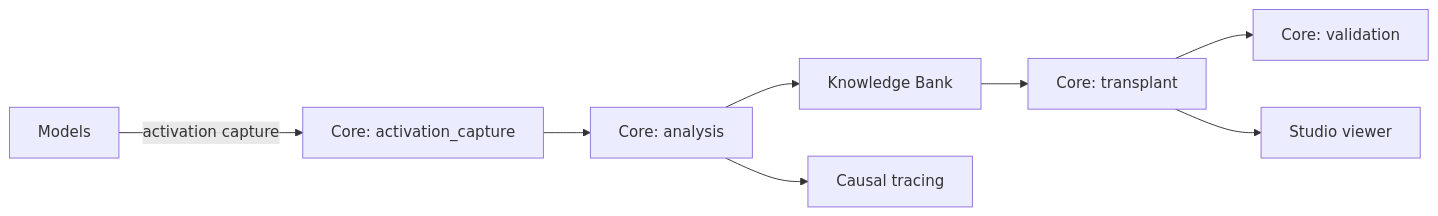
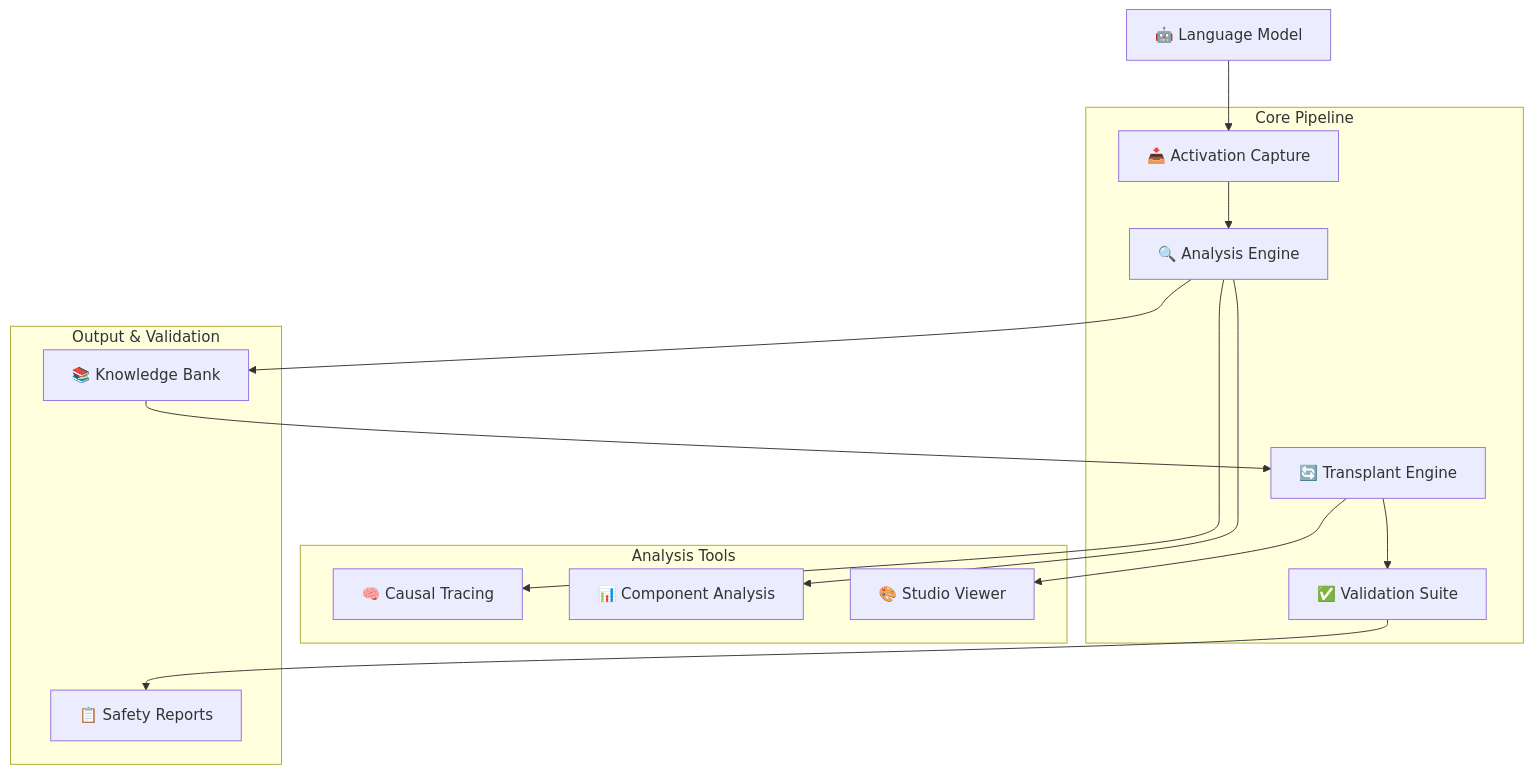
The diagram in docs/architecture.md (qrv0/llm-ripper), drawn with Mermaid before and after one commit. The commit also changed other lines of this file and 4 other files, not shown here.

````diff
--- a/docs/architecture.md
+++ b/docs/architecture.md
@@ -7,10 +17,31 @@
 ```mermaid
-flowchart LR
-  A[Models] -->|activation capture| B[Core: activation_capture]
-  B --> C[Core: analysis]
-  C --> D[Knowledge Bank]
-  D --> E[Core: transplant]
-  E --> F[Core: validation]
-  C --> G[Causal tracing]
-  E --> H[Studio viewer]
+flowchart TD
+    A[🤖 Language Model] --> B[📥 Activation Capture]
+    B --> C[🔍 Analysis Engine]
+    C --> D[📚 Knowledge Bank]
+    D --> E[🔄 Transplant Engine]
+    E --> F[✅ Validation Suite]
+    
+    C --> G[🧠 Causal Tracing]
+    C --> H[📊 Component Analysis]
+    E --> I[🎨 Studio Viewer]
+    F --> J[📋 Safety Reports]
+    
+    subgraph "Core Pipeline"
+        B
+        C  
+        E
+        F
+    end
+    
+    subgraph "Analysis Tools"
+        G
+        H
+        I
+    end
+    
+    subgraph "Output & Validation"
+        D
+        J
+    end
 ```
````
